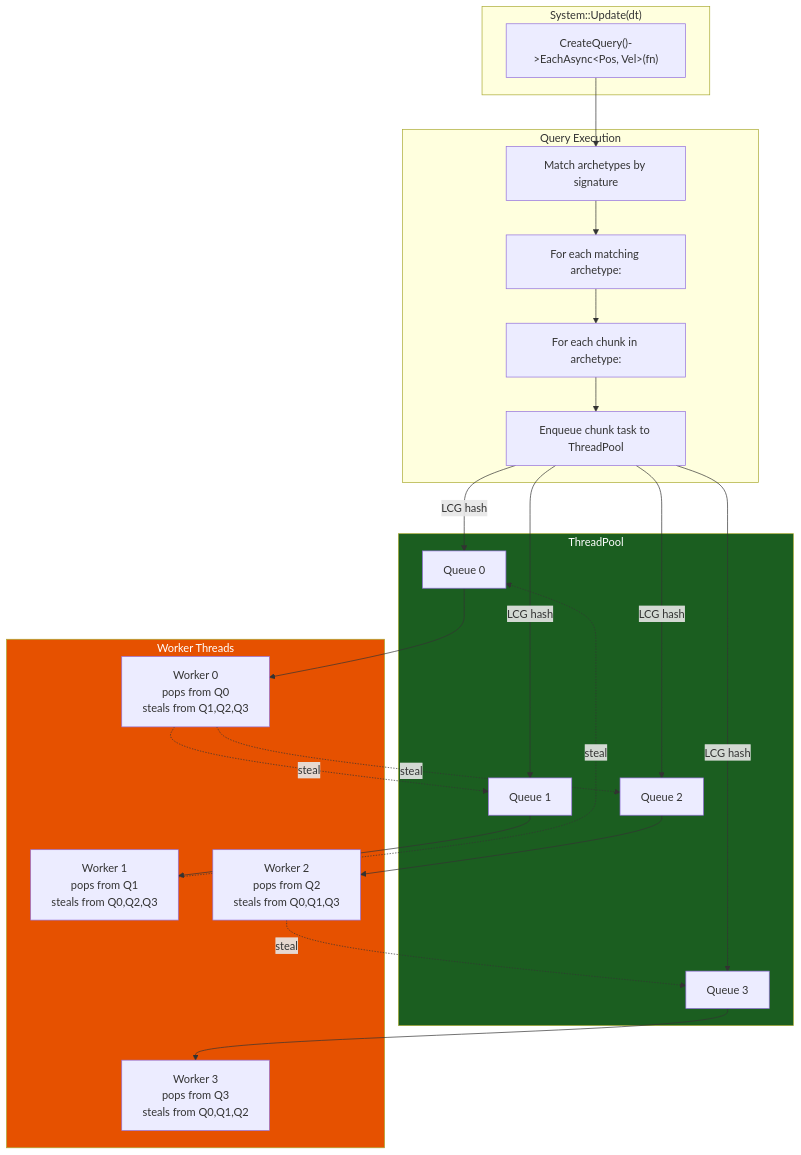
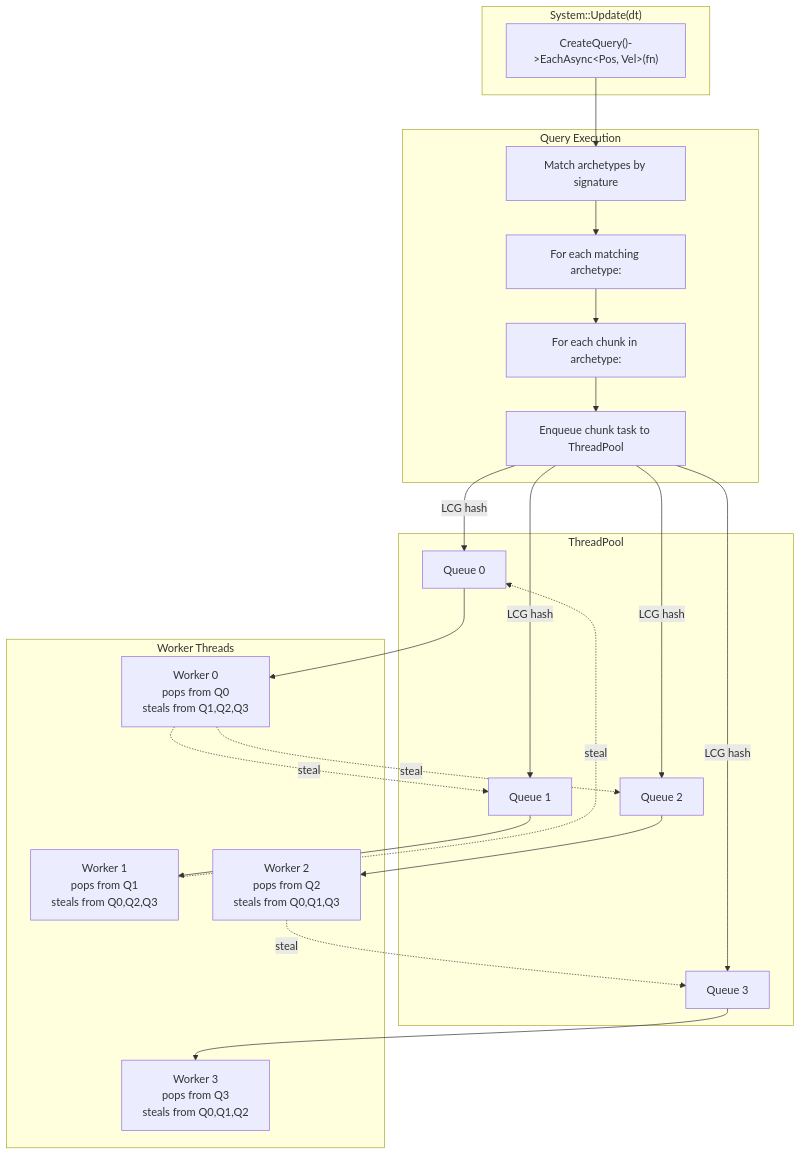
One commit to gilmar-sales/Freyr changed the first of 2 diagrams in docs/guides/parallel-processing.md. Above: the diagram before and after it, drawn with Mermaid. The commit also changed 8 other files, not shown here.

Commit message:
docs(diagrams): remove mermaid diagram styling directives

````diff
--- a/docs/guides/parallel-processing.md
+++ b/docs/guides/parallel-processing.md
@@ -10,44 +10,42 @@
 ```mermaid
 graph TB
     subgraph System["System::Update(dt)"]
         Q["CreateQuery()->EachAsync&lt;Pos, Vel&gt;(fn)"]
     end
 
     subgraph QueryExec["Query Execution"]
         M["Match archetypes by signature"]
         C["For each matching archetype:"]
         CHUNKS["For each chunk in archetype:"]
         TASK["Enqueue chunk task to ThreadPool"]
     end
 
     subgraph ThreadPool["ThreadPool"]
         Q0["Queue 0"]
         Q1["Queue 1"]
         Q2["Queue 2"]
         Q3["Queue 3"]
     end
 
     subgraph Workers["Worker Threads"]
         W0["Worker 0<br/>pops from Q0<br/>steals from Q1,Q2,Q3"]
         W1["Worker 1<br/>pops from Q1<br/>steals from Q0,Q2,Q3"]
         W2["Worker 2<br/>pops from Q2<br/>steals from Q0,Q1,Q3"]
         W3["Worker 3<br/>pops from Q3<br/>steals from Q0,Q1,Q2"]
     end
 
     Q --> M --> C --> CHUNKS --> TASK
     TASK -->|LCG hash| Q0
     TASK -->|LCG hash| Q1
     TASK -->|LCG hash| Q2
     TASK -->|LCG hash| Q3
     Q0 --> W0
     Q1 --> W1
     Q2 --> W2
     Q3 --> W3
     W0 -.->|steal| Q1
     W0 -.->|steal| Q2
     W1 -.->|steal| Q0
     W2 -.->|steal| Q3
 
-    style Workers fill:#E65100,color:#fff
-    style ThreadPool fill:#1B5E20,color:#fff
 ```
````
